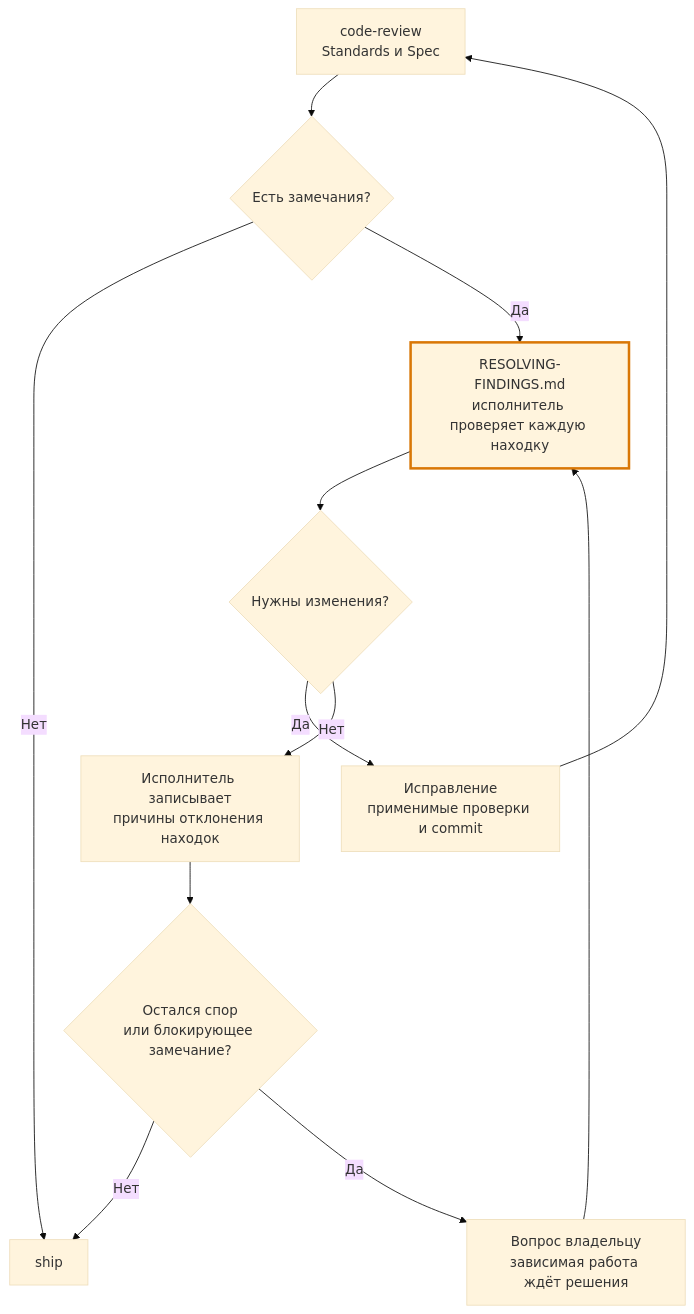
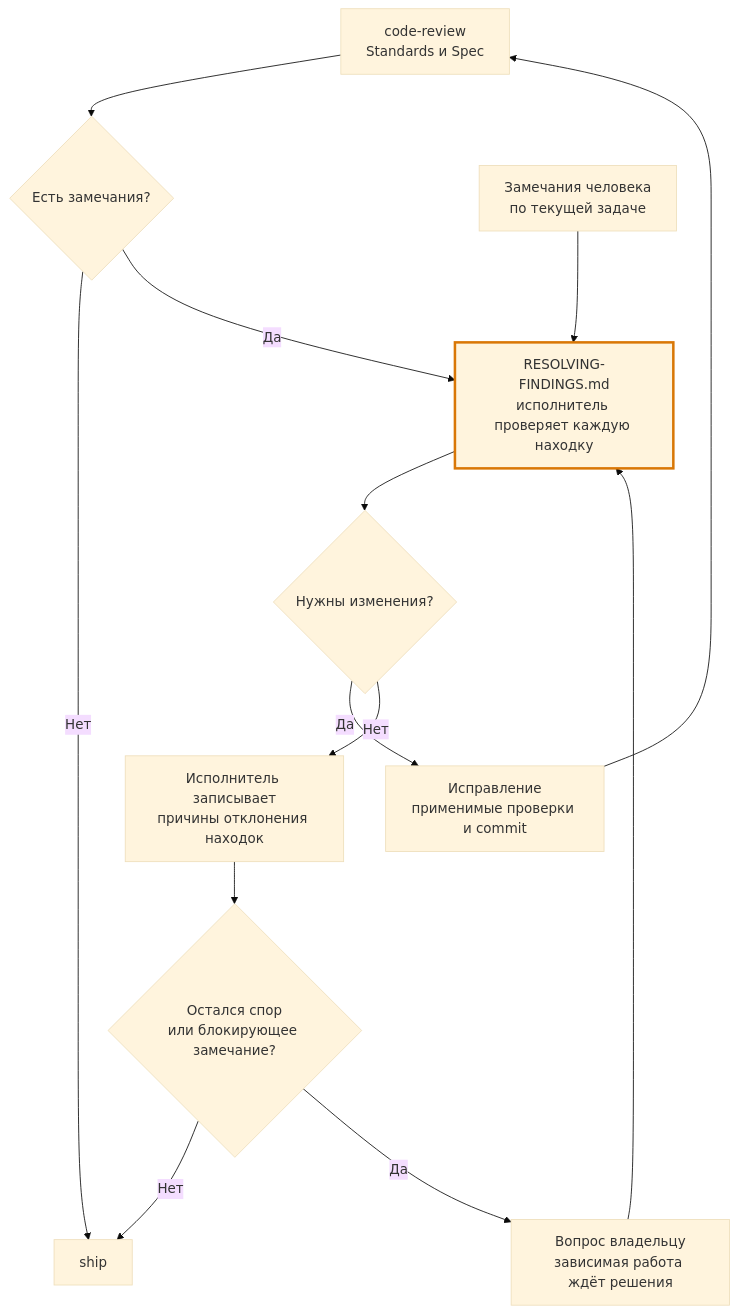
The third of 3 diagrams in docs/development-flow.md (KirillSachkov/ai-first-platform), drawn with Mermaid (base theme) before and after one commit. The commit also changed other lines of this file and 6 other files, not shown here.

````diff
--- a/docs/development-flow.md
+++ b/docs/development-flow.md
@@ -84,15 +88,16 @@
 ```mermaid
 flowchart TD
     R["code-review<br/>Standards и Spec"] --> Q{"Есть замечания?"}
     Q -->|Нет| S["ship"]
     Q -->|Да| F["RESOLVING-FINDINGS.md<br/>исполнитель проверяет каждую находку"]
+    HR["Замечания человека<br/>по текущей задаче"] --> F
     F --> C{"Нужны изменения?"}
     C -->|Да| V["Исправление<br/>применимые проверки и commit"]
     V --> R
     C -->|Нет| J["Исполнитель записывает<br/>причины отклонения находок"]
     J --> U{"Остался спор<br/>или блокирующее замечание?"}
     U -->|Нет| S
     U -->|Да| H["Вопрос владельцу<br/>зависимая работа ждёт решения"]
     H --> F
     style F stroke:#d97706,stroke-width:3px
 ```
````
